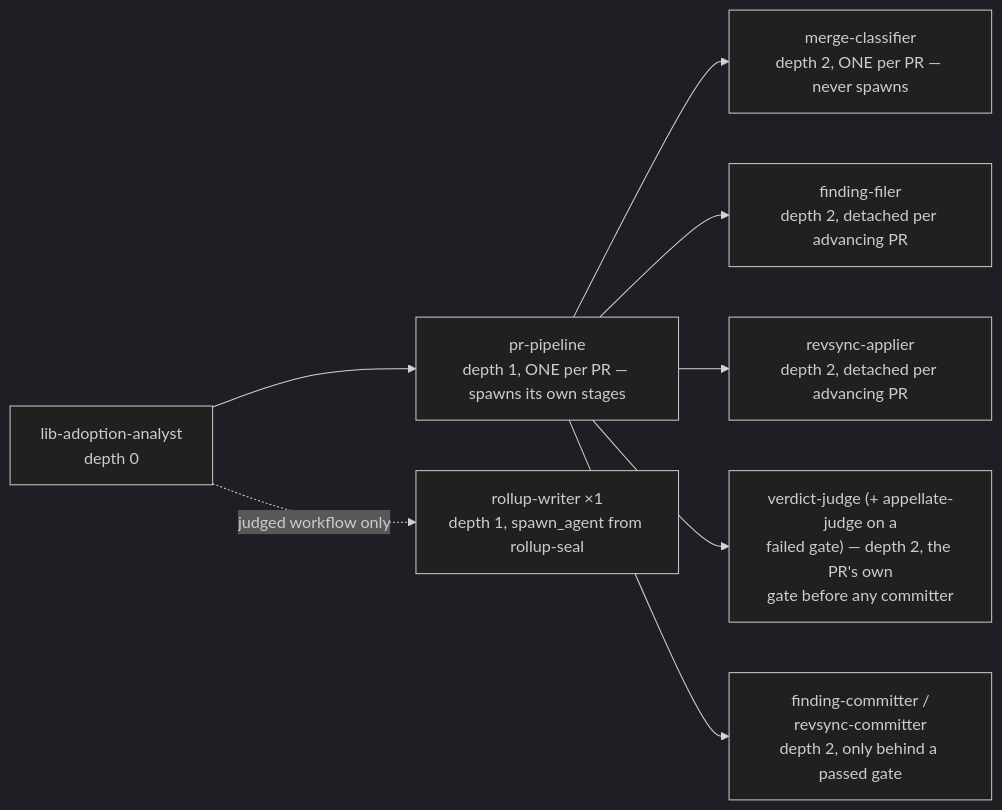
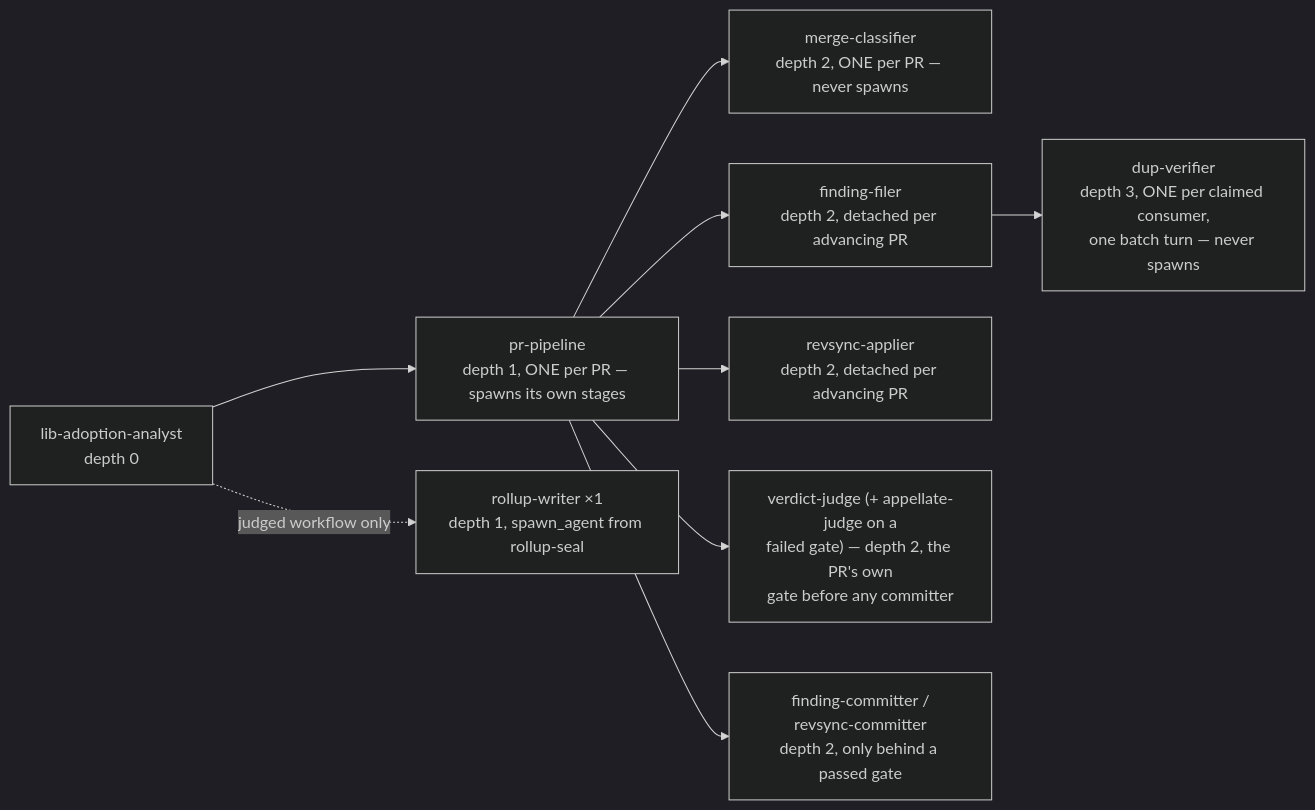
Before and after one commit to ahmedhosnypro/craft-libs-adoption: the fourth of 12 diagrams in docs/workflow-diagrams.md, drawn with Mermaid (dark theme). The commit also changed other lines of this file and 6 other files, not shown here.

First line of the commit message:
feat(pool): parallel duplication proofs — filer fans out dup-verifier children (depth 3)

````diff
--- a/docs/workflow-diagrams.md
+++ b/docs/workflow-diagrams.md
@@ -123,10 +126,11 @@
 ```mermaid
 flowchart LR
     O["lib-adoption-analyst<br/>depth 0"] --> PL["pr-pipeline<br/>depth 1, ONE per PR — spawns its own stages"]
     PL --> M["merge-classifier<br/>depth 2, ONE per PR — never spawns"]
     PL --> F["finding-filer<br/>depth 2, detached per advancing PR"]
     PL --> A["revsync-applier<br/>depth 2, detached per advancing PR"]
     PL --> J["verdict-judge (+ appellate-judge on a<br/>failed gate) — depth 2, the PR's own<br/>gate before any committer"]
     PL --> C["finding-committer /<br/>revsync-committer<br/>depth 2, only behind a passed gate"]
+    F --> DV["dup-verifier<br/>depth 3, ONE per claimed consumer,<br/>one batch turn — never spawns"]
     O -.->|"judged workflow only"| RS["rollup-writer ×1<br/>depth 1, spawn_agent from rollup-seal"]
 ```
````
